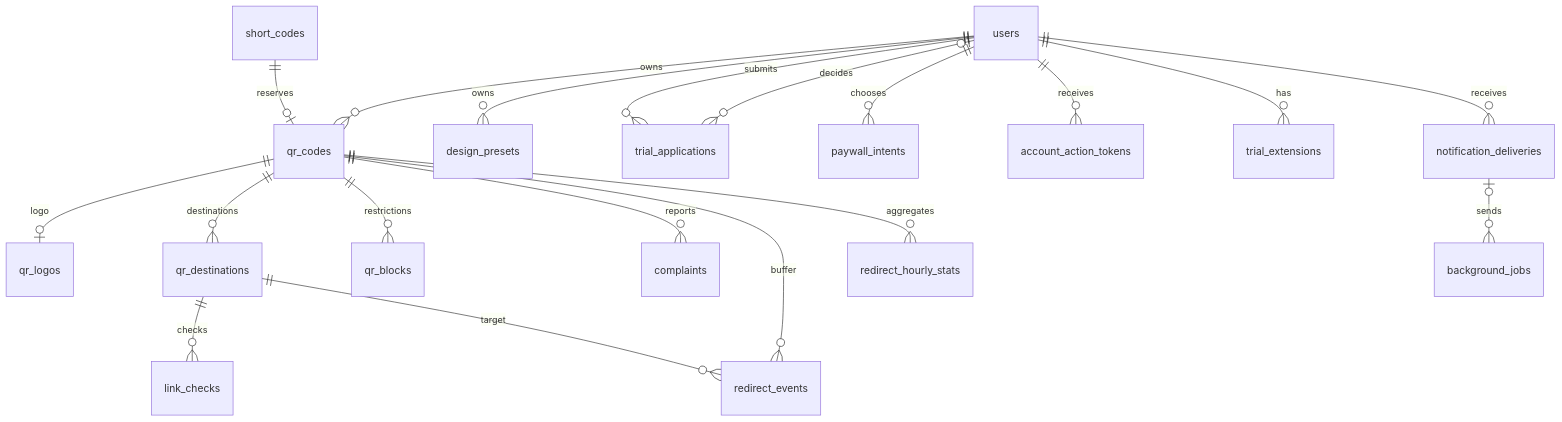
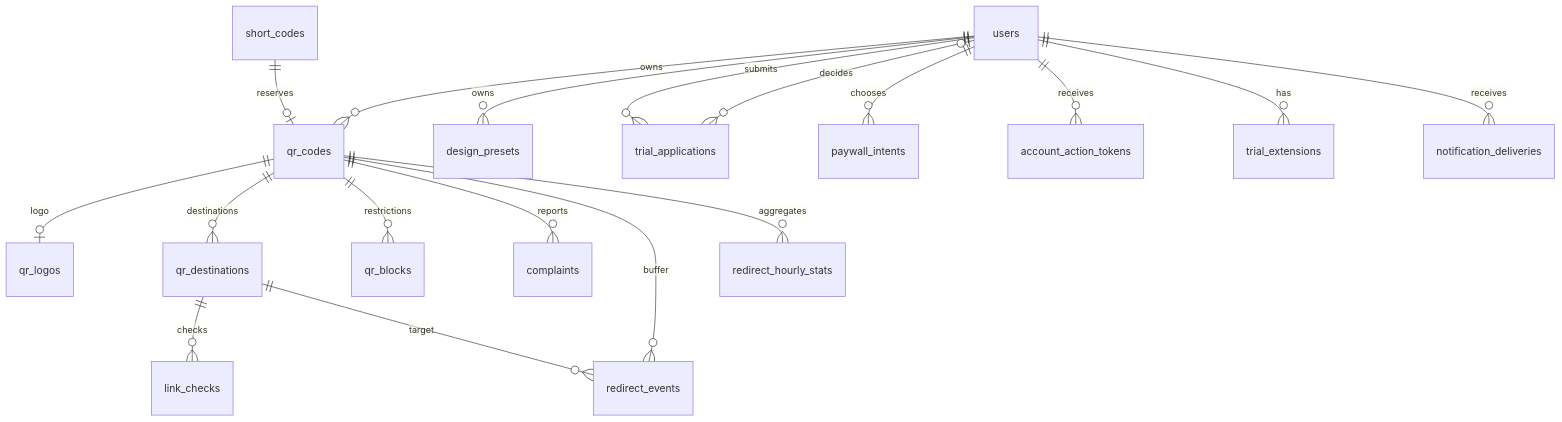
The diagram in docs/data-model.md (GabrielHangor/QR-studio), drawn with Mermaid before and after one commit. The commit also changed other lines of this file and 34 other files, not shown here.

````diff
--- a/docs/data-model.md
+++ b/docs/data-model.md
@@ -38,21 +37,20 @@
 ```mermaid
 erDiagram
   users ||--o{ qr_codes : owns
   users ||--o{ design_presets : owns
   users ||--o{ trial_applications : submits
   users o|--o{ trial_applications : decides
   users ||--o{ paywall_intents : chooses
   users ||--o{ account_action_tokens : receives
   users ||--o{ trial_extensions : has
   short_codes ||--o| qr_codes : reserves
   qr_codes ||--o| qr_logos : logo
   qr_codes ||--o{ qr_destinations : destinations
   qr_destinations ||--o{ link_checks : checks
   qr_codes ||--o{ qr_blocks : restrictions
   qr_codes ||--o{ complaints : reports
   qr_codes ||--o{ redirect_events : buffer
   qr_codes ||--o{ redirect_hourly_stats : aggregates
   qr_destinations ||--o{ redirect_events : target
   users ||--o{ notification_deliveries : receives
-  notification_deliveries o|--o{ background_jobs : sends
 ```
````
